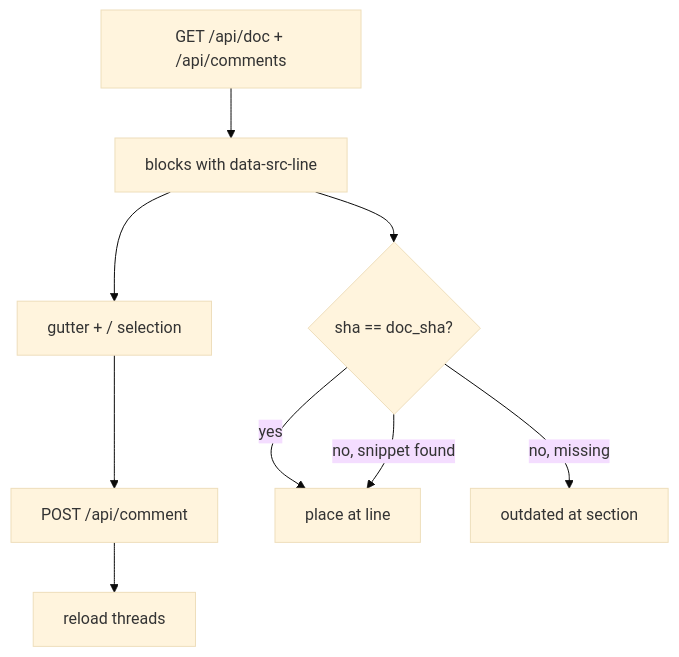
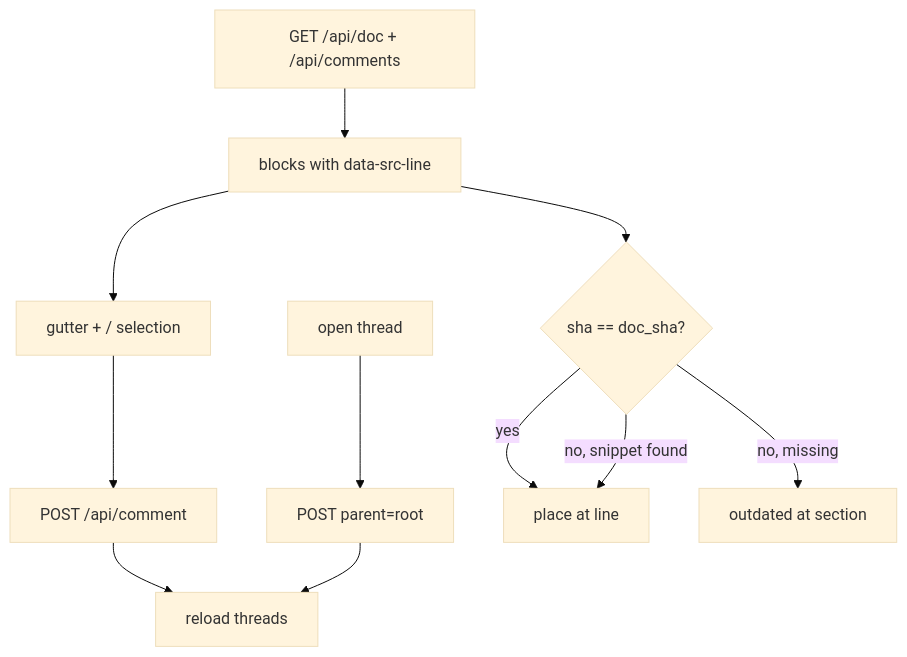
One commit to vincentc-b/CascadeCode changed the diagram in docs/features/1_backlog/feat_017_plan_viewer_comment_chrome.md. Above: the diagram before and after it, drawn with Mermaid (base theme). The commit also changed other lines of this file, not shown here.

````diff
--- a/docs/features/1_backlog/feat_017_plan_viewer_comment_chrome.md
+++ b/docs/features/1_backlog/feat_017_plan_viewer_comment_chrome.md
@@ -93,11 +95,13 @@
 ```mermaid
 flowchart TD
   LOAD[GET /api/doc + /api/comments] --> RENDER[blocks with data-src-line]
   RENDER --> UI[gutter + / selection]
   UI --> POST[POST /api/comment]
   POST --> RELOAD[reload threads]
+  THREAD[open thread] --> REPLY[POST parent=root]
+  REPLY --> RELOAD
   RENDER --> REANCHOR{sha == doc_sha?}
   REANCHOR -->|yes| MARK[place at line]
   REANCHOR -->|no, snippet found| MARK
   REANCHOR -->|no, missing| OUT[outdated at section]
 ```
````
